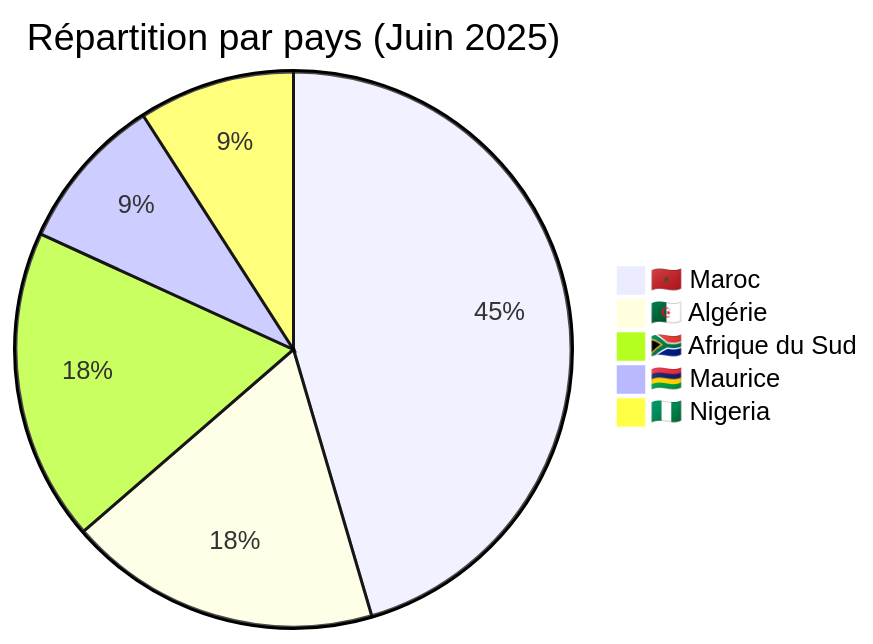
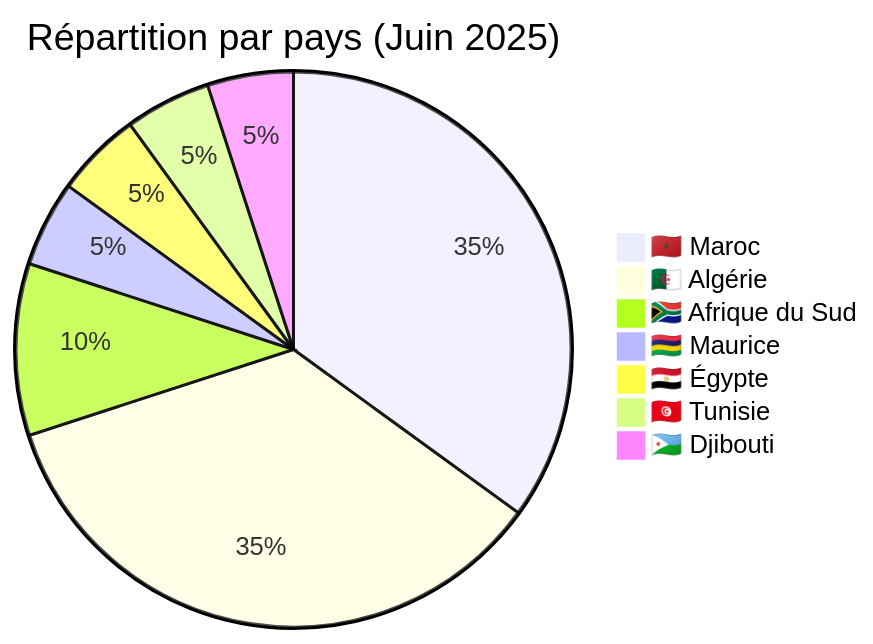
The third of 5 diagrams in CyberAttackAfrica/2025/06-june/README_FR.md (Hatchepsoute/AFRINTEL), drawn with Mermaid before and after one commit. The commit also changed other lines of this file and 255 other files, not shown here.

````diff
--- a/CyberAttackAfrica/2025/06-june/README_FR.md
+++ b/CyberAttackAfrica/2025/06-june/README_FR.md
@@ -79,8 +95,10 @@
 ```mermaid
 pie title Répartition par pays (Juin 2025)
-    "🇲🇦 Maroc" : 5
-    "🇩🇿 Algérie" : 2
+    "🇲🇦 Maroc" : 7
+    "🇩🇿 Algérie" : 7
     "🇿🇦 Afrique du Sud" : 2
     "🇲🇺 Maurice" : 1
-    "🇳🇬 Nigeria" : 1
+    "🇪🇬 Égypte" : 1
+    "🇹🇳 Tunisie" : 1
+    "🇩🇯 Djibouti" : 1
 ```
````
